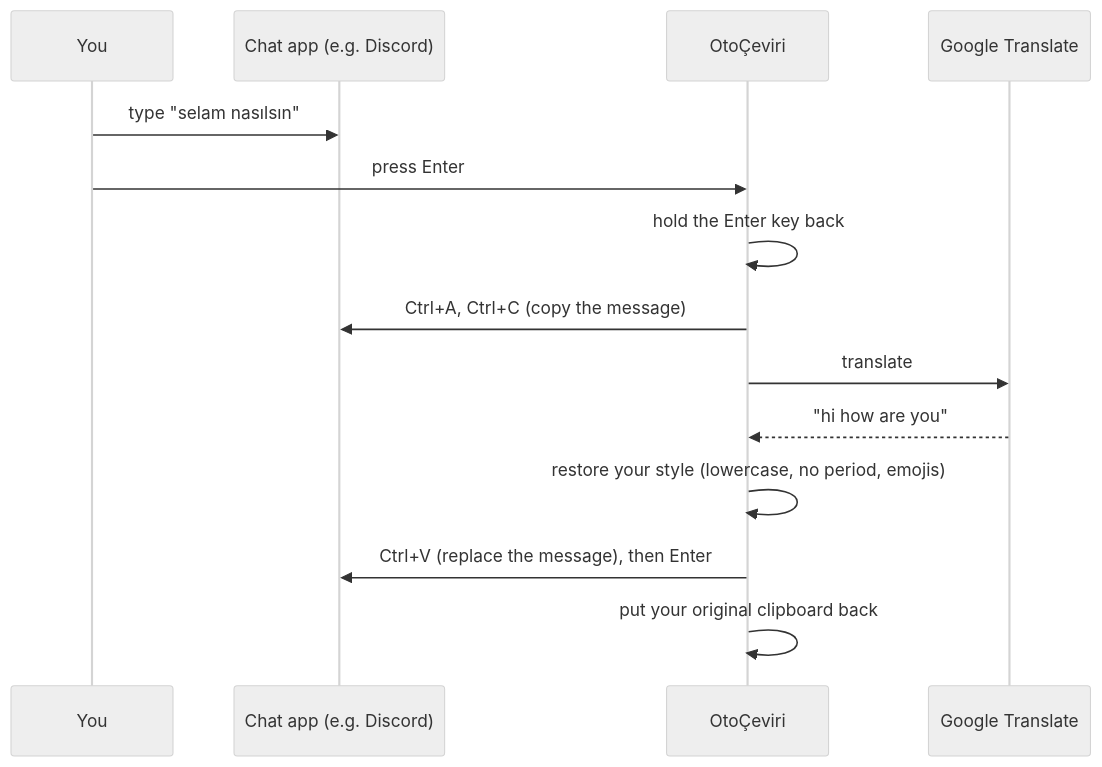
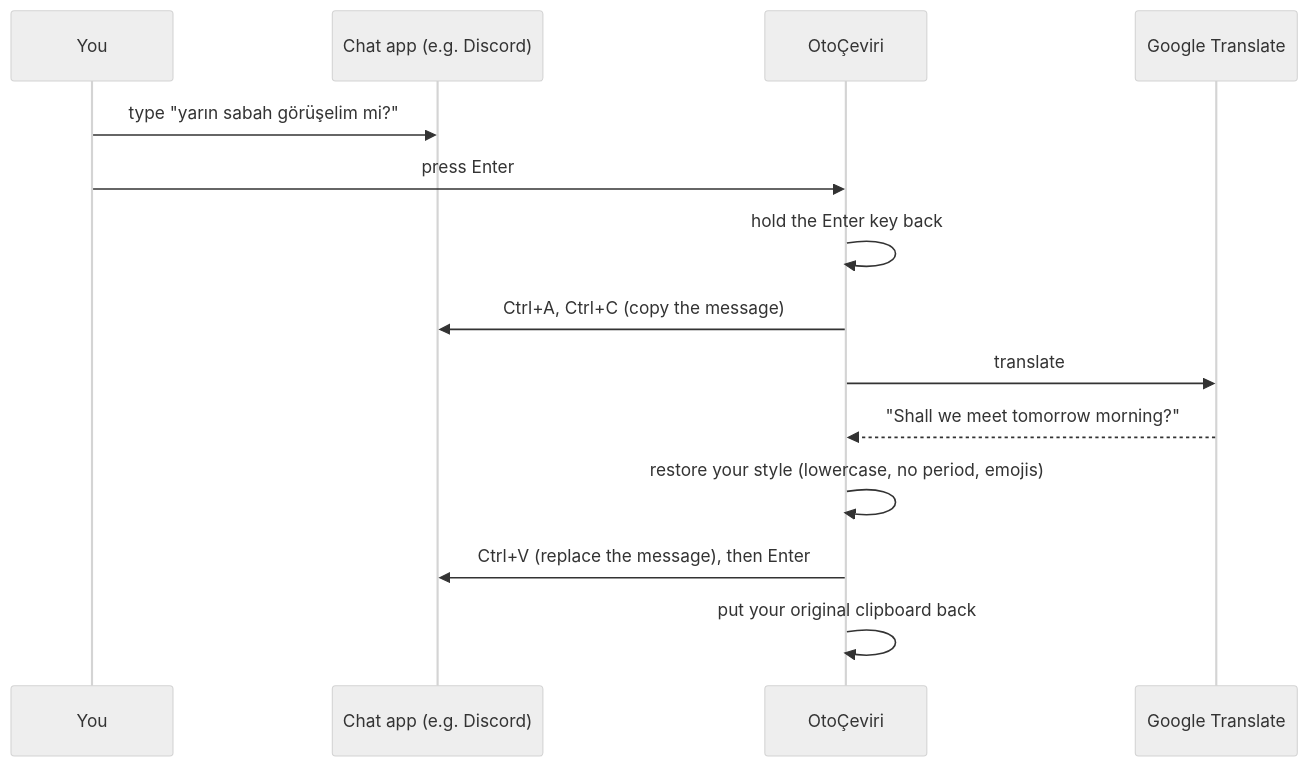
The diagram in README.md (ysft1rt-art/otoceviri), drawn with Mermaid (neutral theme) before and after one commit. The commit also changed other lines of this file and 1 other file, not shown here.

````diff
--- a/README.md
+++ b/README.md
@@ -49,16 +49,16 @@
 ```mermaid
 sequenceDiagram
     participant You
     participant App as Chat app (e.g. Discord)
     participant Oto as OtoÇeviri
     participant G as Google Translate
-    You->>App: type "selam nasılsın"
+    You->>App: type "yarın sabah görüşelim mi?"
     You->>Oto: press Enter
     Oto->>Oto: hold the Enter key back
     Oto->>App: Ctrl+A, Ctrl+C (copy the message)
     Oto->>G: translate
-    G-->>Oto: "hi how are you"
+    G-->>Oto: "Shall we meet tomorrow morning?"
     Oto->>Oto: restore your style (lowercase, no period, emojis)
     Oto->>App: Ctrl+V (replace the message), then Enter
     Oto->>Oto: put your original clipboard back
 ```
````
